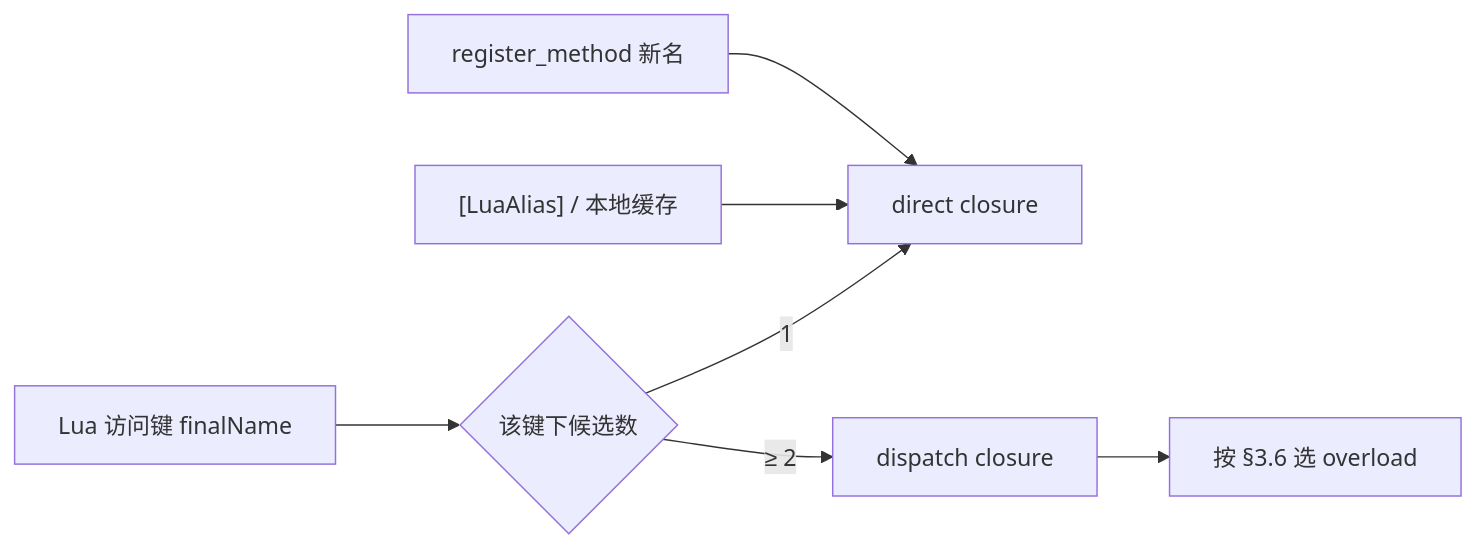
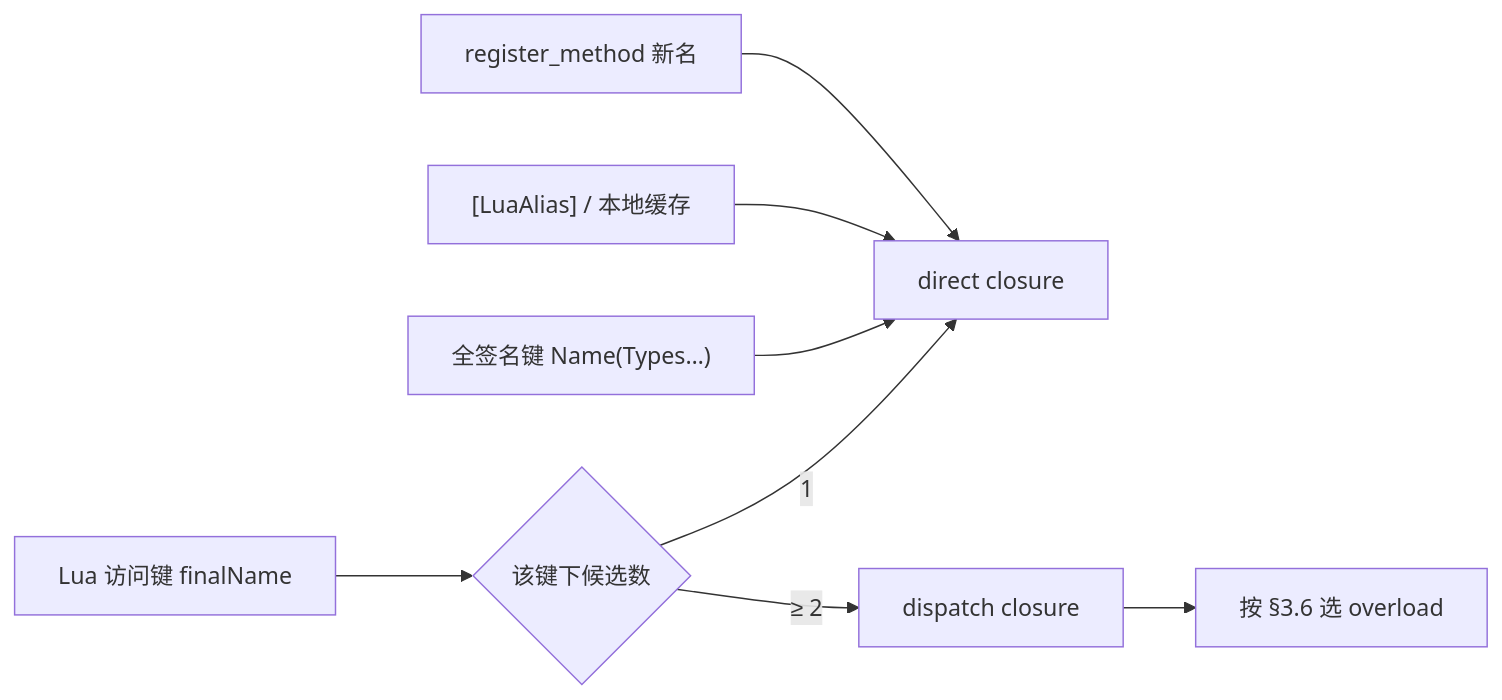
The diagram in docs/spec/04-METHOD-OVERLOAD.md (focus-creative-games/zlua-doc), drawn with Mermaid before and after one commit. The commit also changed other lines of this file and 74 other files, not shown here.

````diff
--- a/docs/spec/04-METHOD-OVERLOAD.md
+++ b/docs/spec/04-METHOD-OVERLOAD.md
@@ -28,9 +28,10 @@
 ```mermaid
 flowchart LR
     A["Lua 访问键 finalName"] --> B{该键下候选数}
     B -->|1| C["direct closure"]
     B -->|≥ 2| E["dispatch closure"]
     E --> F["按 §3.6 选 overload"]
+    S["全签名键 Name(Types…)"] --> C
     G["[LuaAlias] / 本地缓存"] --> C
     H["register_method 新名"] --> C
 ```
````
